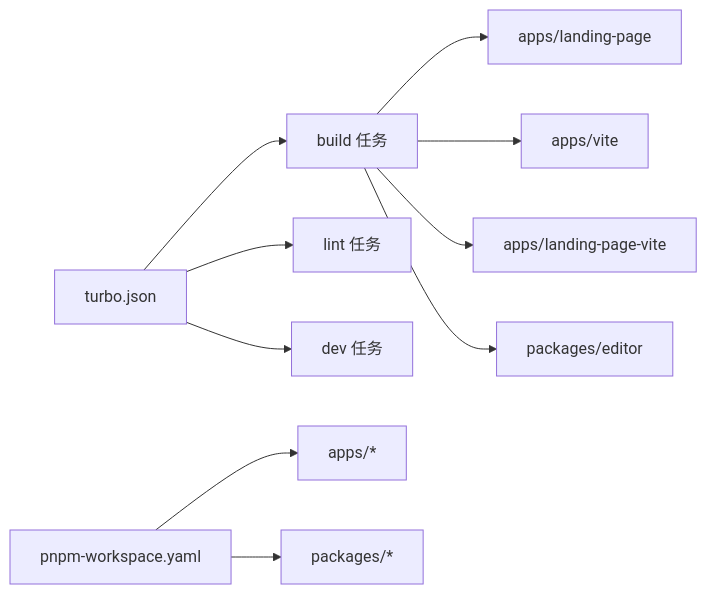
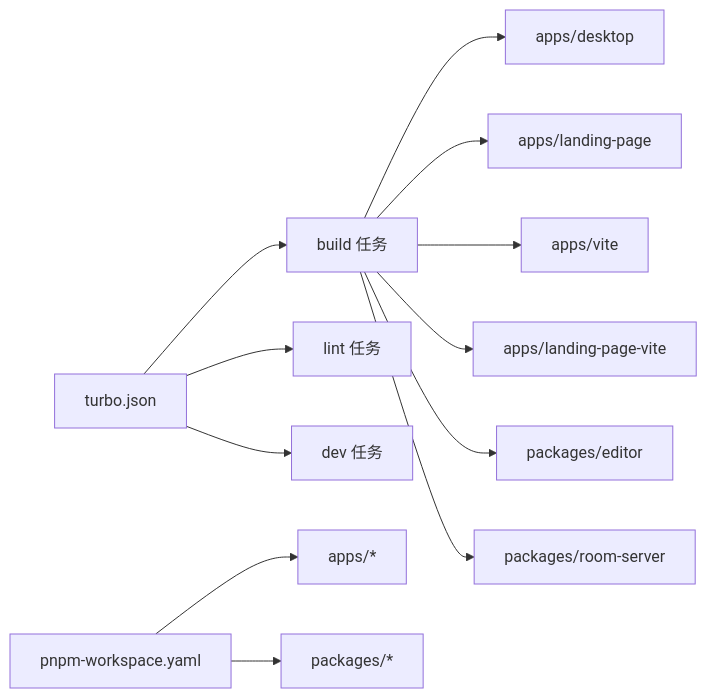
Before and after one commit to LRF0422/Kotion: the seventh of 7 diagrams in .qoder/repowiki/zh/content/部署配置/部署配置.md, drawn with Mermaid. The commit also changed other lines of this file and 75 other files, not shown here.

````diff
--- a/.qoder/repowiki/zh/content/部署配置/部署配置.md
+++ b/.qoder/repowiki/zh/content/部署配置/部署配置.md
@@ -222,12 +365,14 @@
 ```mermaid
 graph LR
 Turbo["turbo.json"] --> Build["build 任务"]
 Turbo --> Lint["lint 任务"]
 Turbo --> Dev["dev 任务"]
 Workspace["pnpm-workspace.yaml"] --> Apps["apps/*"]
 Workspace --> Packages["packages/*"]
+Build --> Desktop["apps/desktop"]
 Build --> Next["apps/landing-page"]
 Build --> ViteFE["apps/vite"]
 Build --> LandingVite["apps/landing-page-vite"]
 Build --> Editor["packages/editor"]
+Build --> RoomServer["packages/room-server"]
 ```
````
